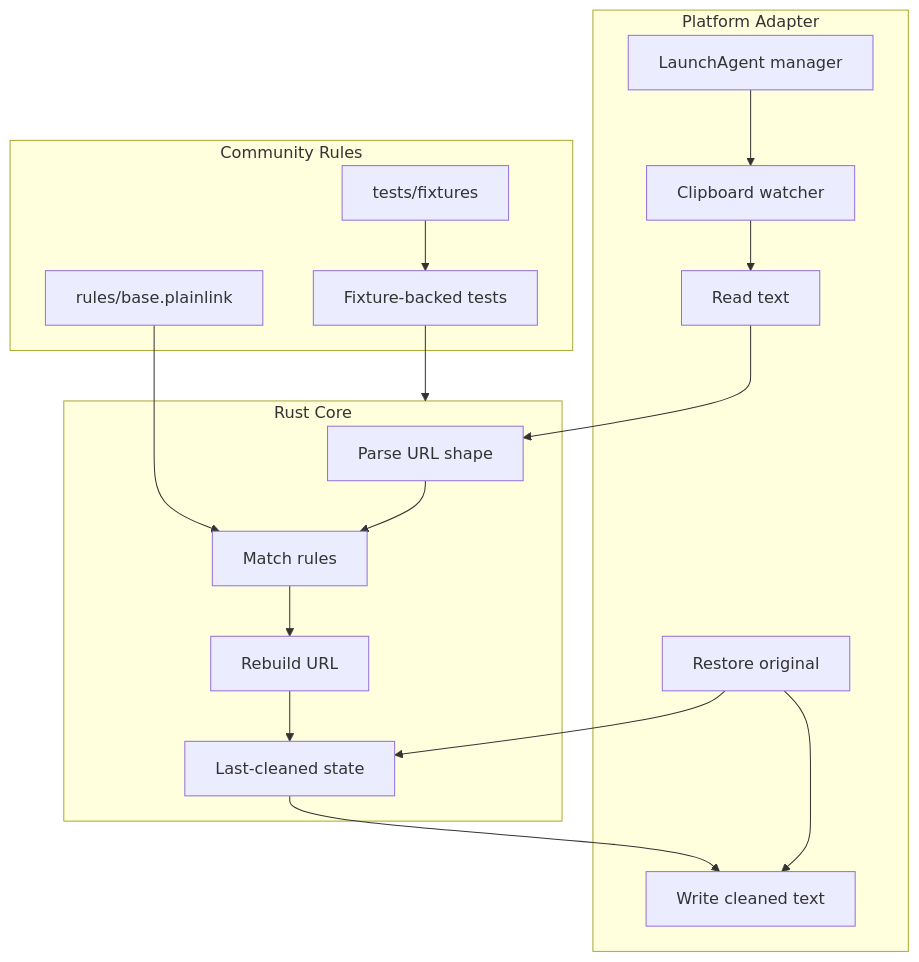
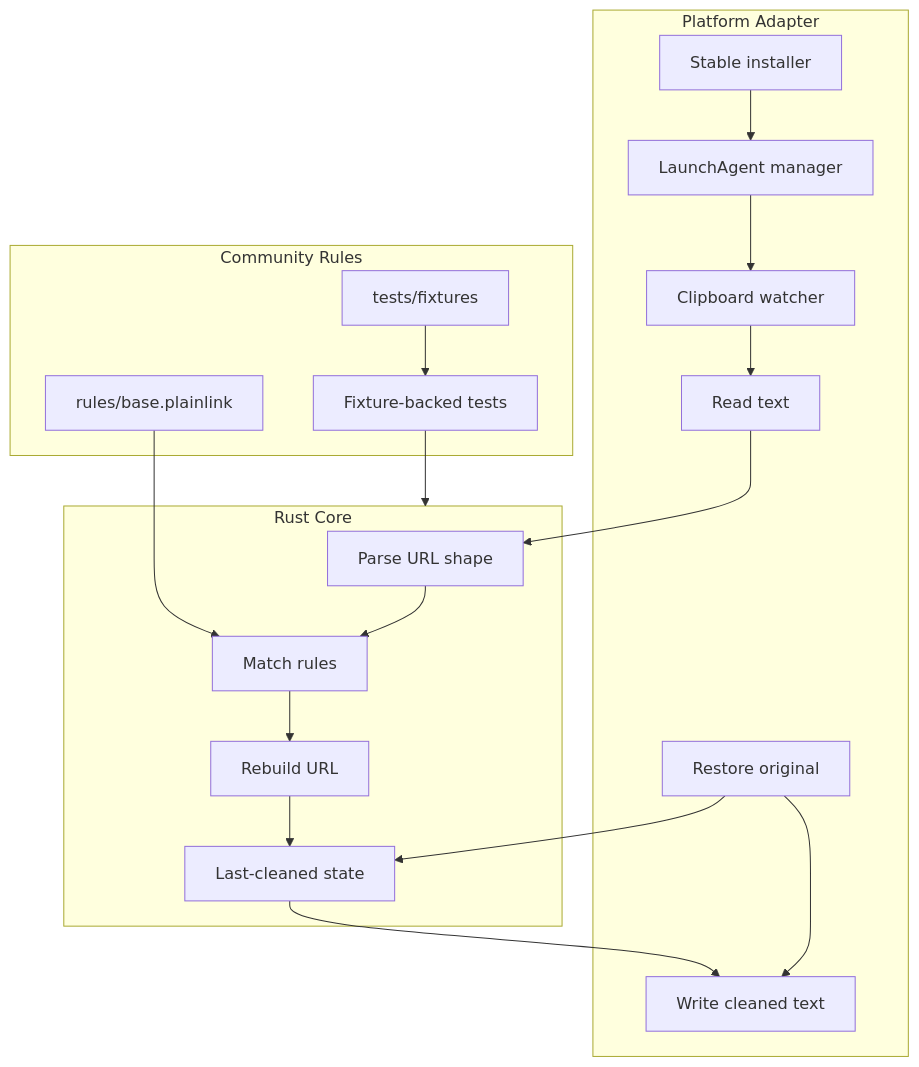
One commit to HexCodeYT/PlainLink changed the first of 3 diagrams in docs/ARCHITECTURE.md. Above: the diagram before and after it, drawn with Mermaid. The commit also changed other lines of this file and 7 other files, not shown here.

Commit message:
feat: add stable install and doctor commands

````diff
--- a/docs/ARCHITECTURE.md
+++ b/docs/ARCHITECTURE.md
@@ -5,31 +5,33 @@
 ```mermaid
 flowchart TB
     subgraph Platform["Platform Adapter"]
+        Install["Stable installer"]
         Agent["LaunchAgent manager"]
         Watch["Clipboard watcher"]
         Read["Read text"]
         Write["Write cleaned text"]
         Restore["Restore original"]
     end
 
     subgraph Core["Rust Core"]
         Parse["Parse URL shape"]
         Match["Match rules"]
         Rebuild["Rebuild URL"]
         State["Last-cleaned state"]
     end
 
     subgraph Community["Community Rules"]
         Base["rules/base.plainlink"]
         Fixtures["tests/fixtures"]
         Tests["Fixture-backed tests"]
     end
 
+    Install --> Agent
     Agent --> Watch
     Watch --> Read --> Parse --> Match --> Rebuild --> State --> Write
     Restore --> State
     Restore --> Write
     Base --> Match
     Fixtures --> Tests
     Tests --> Core
 ```
````
